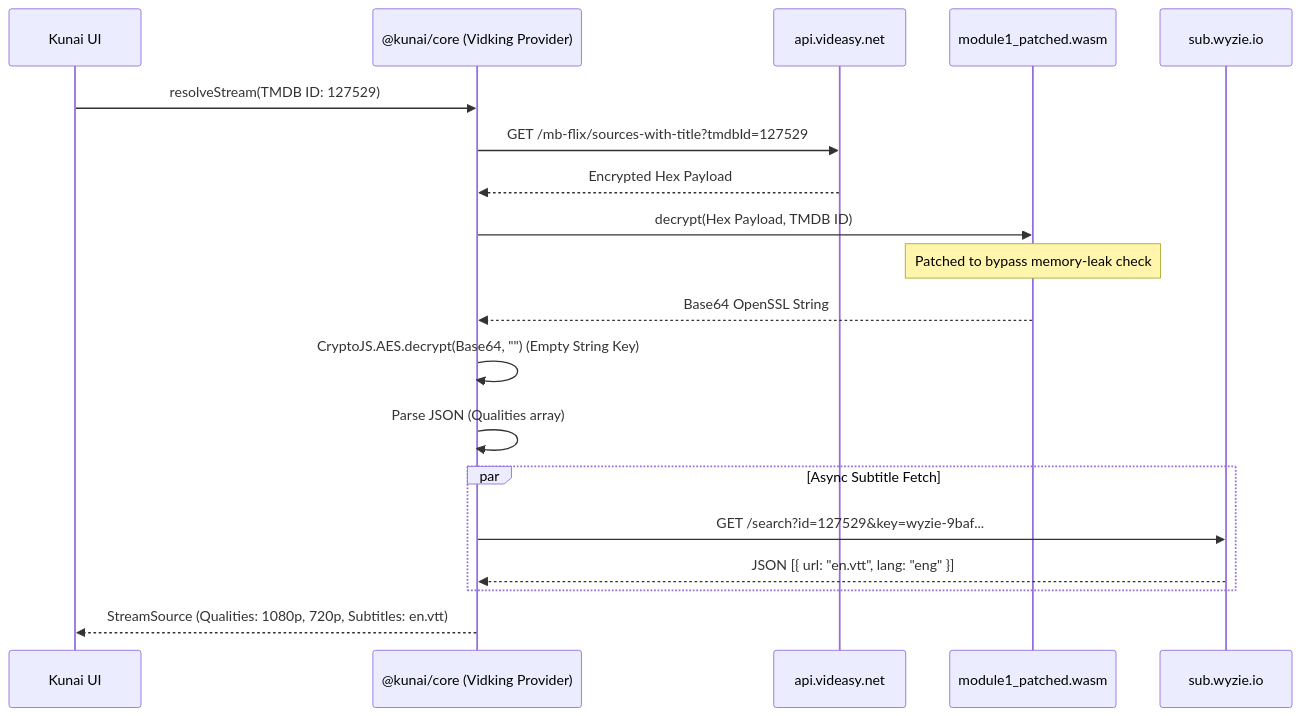
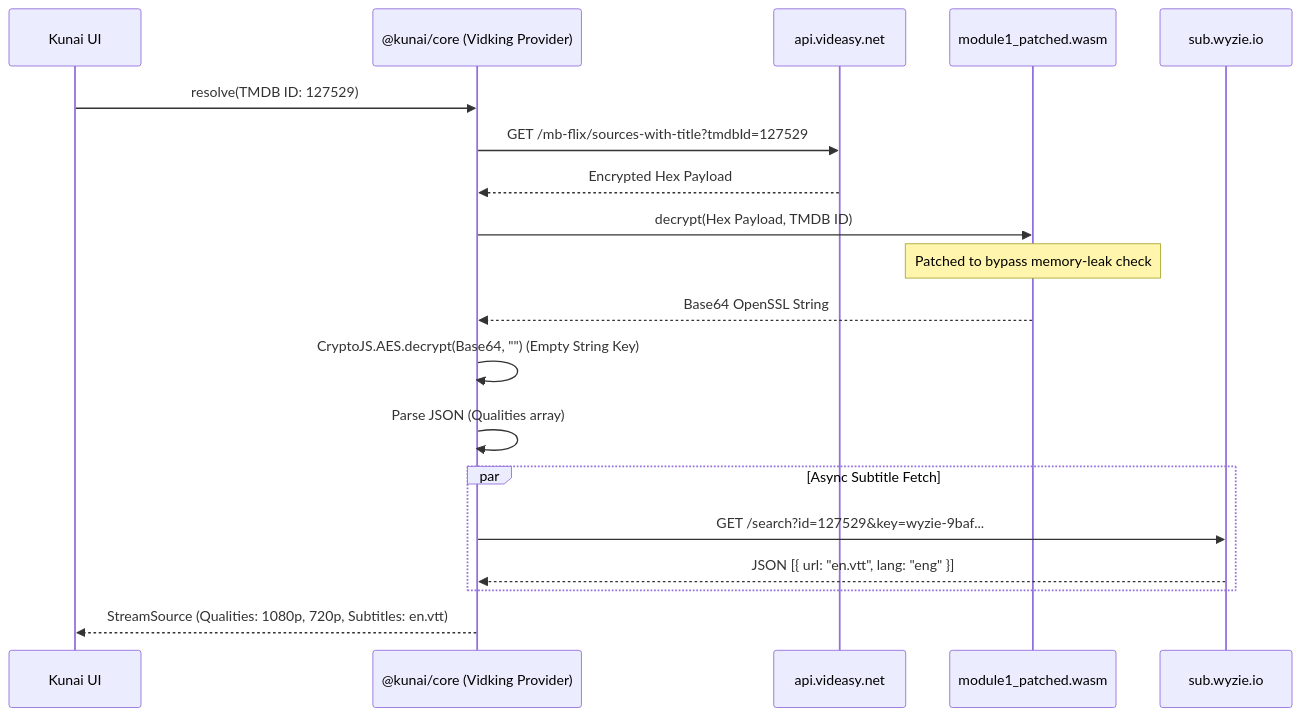
Before and after one commit to KitsuneKode/kunai: the third of 5 diagrams in .docs/provider-dossiers/PROVIDER_FLOW_DIAGRAMS.md, drawn with Mermaid. The commit also changed other lines of this file and 34 other files, not shown here.

````diff
--- a/.docs/provider-dossiers/PROVIDER_FLOW_DIAGRAMS.md
+++ b/.docs/provider-dossiers/PROVIDER_FLOW_DIAGRAMS.md
@@ -83,26 +83,26 @@
 ```mermaid
 sequenceDiagram
     participant UI as Kunai UI
     participant Core as @kunai/core (Vidking Provider)
     participant API as api.videasy.net
     participant WASM as module1_patched.wasm
     participant Wyzie as sub.wyzie.io
 
-    UI->>Core: resolveStream(TMDB ID: 127529)
+    UI->>Core: resolve(TMDB ID: 127529)
     Core->>API: GET /mb-flix/sources-with-title?tmdbId=127529
     API-->>Core: Encrypted Hex Payload
 
     Core->>WASM: decrypt(Hex Payload, TMDB ID)
     Note over WASM: Patched to bypass memory-leak check
     WASM-->>Core: Base64 OpenSSL String
 
     Core->>Core: CryptoJS.AES.decrypt(Base64, "") (Empty String Key)
     Core->>Core: Parse JSON (Qualities array)
 
     par Async Subtitle Fetch
         Core->>Wyzie: GET /search?id=127529&key=wyzie-9baf...
         Wyzie-->>Core: JSON [{ url: "en.vtt", lang: "eng" }]
     end
 
     Core-->>UI: StreamSource (Qualities: 1080p, 720p, Subtitles: en.vtt)
 ```
````
